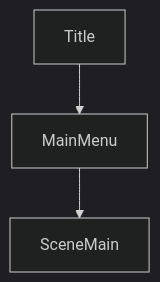
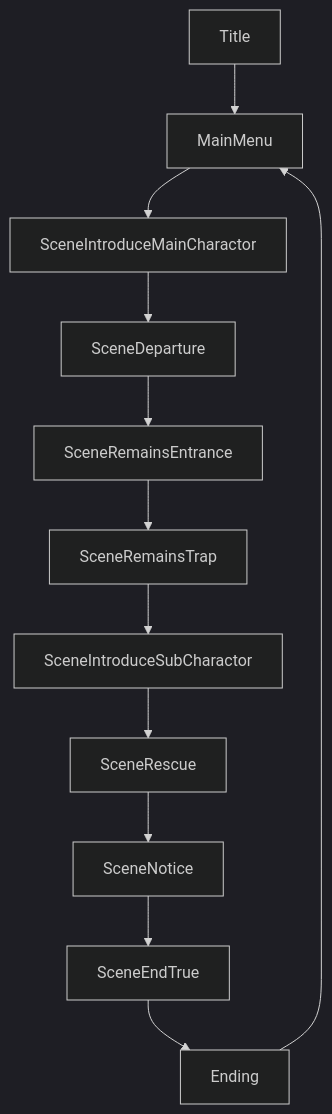
The diagram in Design/Flow.md (Arfikait-Sirius/StartStory), drawn with Mermaid (dark theme) before and after one commit.

Commit message:
Update Flow.

````diff
--- a/Design/Flow.md
+++ b/Design/Flow.md
@@ -3,5 +3,14 @@
 ```mermaid
 graph TD
     Title --> MainMenu
-    MainMenu --> SceneMain
+    MainMenu --> SceneIntroduceMainCharactor
+    SceneIntroduceMainCharactor --> SceneDeparture
+    SceneDeparture --> SceneRemainsEntrance
+    SceneRemainsEntrance --> SceneRemainsTrap
+    SceneRemainsTrap --> SceneIntroduceSubCharactor
+    SceneIntroduceSubCharactor --> SceneRescue
+    SceneRescue --> SceneNotice
+    SceneNotice --> SceneEndTrue
+    SceneEndTrue --> Ending
+    Ending --> MainMenu
 ```
````
